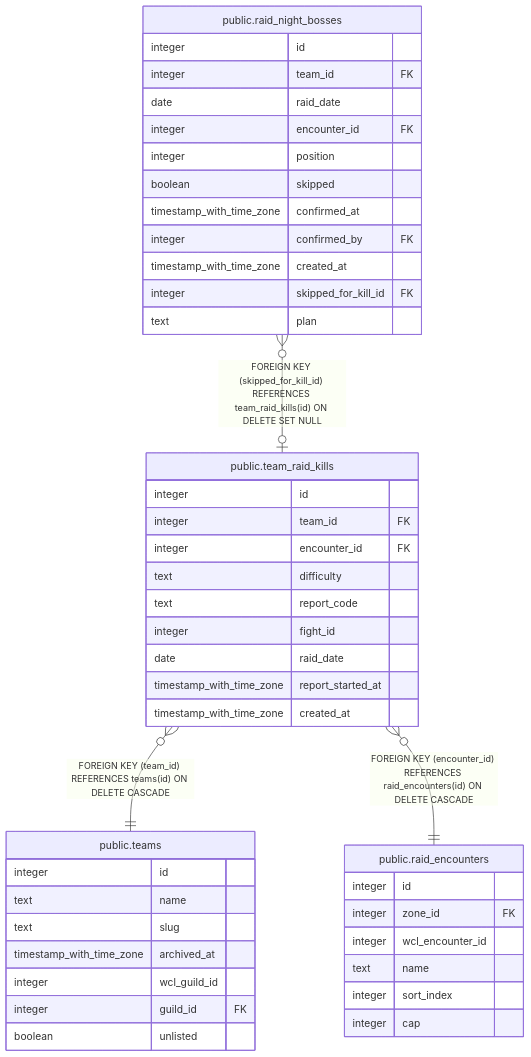
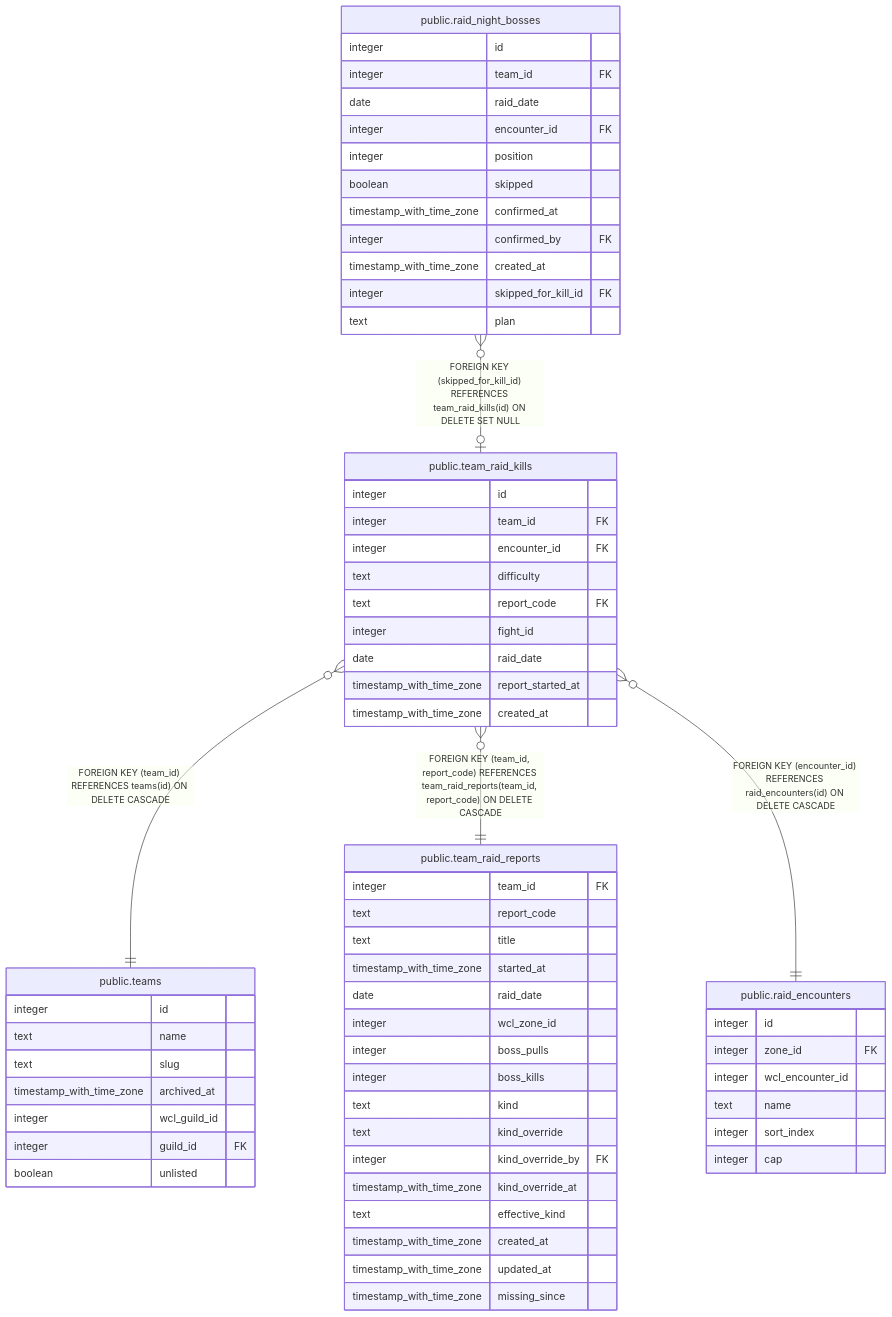
Before and after one commit to katogaming88/WGA-Raid-Hub: the diagram in dbdoc/public.team_raid_kills.md, drawn with Mermaid. The commit also changed other lines of this file and 12 other files, not shown here.

````diff
--- a/dbdoc/public.team_raid_kills.md
+++ b/dbdoc/public.team_raid_kills.md
@@ -47,49 +48,68 @@
 ```mermaid
 erDiagram
 
 "public.raid_night_bosses" }o--o| "public.team_raid_kills" : "FOREIGN KEY (skipped_for_kill_id) REFERENCES team_raid_kills(id) ON DELETE SET NULL"
 "public.team_raid_kills" }o--|| "public.teams" : "FOREIGN KEY (team_id) REFERENCES teams(id) ON DELETE CASCADE"
+"public.team_raid_kills" }o--|| "public.team_raid_reports" : "FOREIGN KEY (team_id, report_code) REFERENCES team_raid_reports(team_id, report_code) ON DELETE CASCADE"
 "public.team_raid_kills" }o--|| "public.raid_encounters" : "FOREIGN KEY (encounter_id) REFERENCES raid_encounters(id) ON DELETE CASCADE"
 
 "public.team_raid_kills" {
   integer id
   integer team_id FK
   integer encounter_id FK
   text difficulty
-  text report_code
+  text report_code FK
   integer fight_id
   date raid_date
   timestamp_with_time_zone report_started_at
   timestamp_with_time_zone created_at
 }
 "public.raid_night_bosses" {
   integer id
   integer team_id FK
   date raid_date
   integer encounter_id FK
   integer position
   boolean skipped
   timestamp_with_time_zone confirmed_at
   integer confirmed_by FK
   timestamp_with_time_zone created_at
   integer skipped_for_kill_id FK
   text plan
 }
 "public.teams" {
   integer id
   text name
   text slug
   timestamp_with_time_zone archived_at
   integer wcl_guild_id
   integer guild_id FK
   boolean unlisted
 }
+"public.team_raid_reports" {
+  integer team_id FK
+  text report_code
+  text title
+  timestamp_with_time_zone started_at
+  date raid_date
+  integer wcl_zone_id
+  integer boss_pulls
+  integer boss_kills
+  text kind
+  text kind_override
+  integer kind_override_by FK
+  timestamp_with_time_zone kind_override_at
+  text effective_kind
+  timestamp_with_time_zone created_at
+  timestamp_with_time_zone updated_at
+  timestamp_with_time_zone missing_since
+}
 "public.raid_encounters" {
   integer id
   integer zone_id FK
   integer wcl_encounter_id
   text name
   integer sort_index
   integer cap
 }
 ```
````
